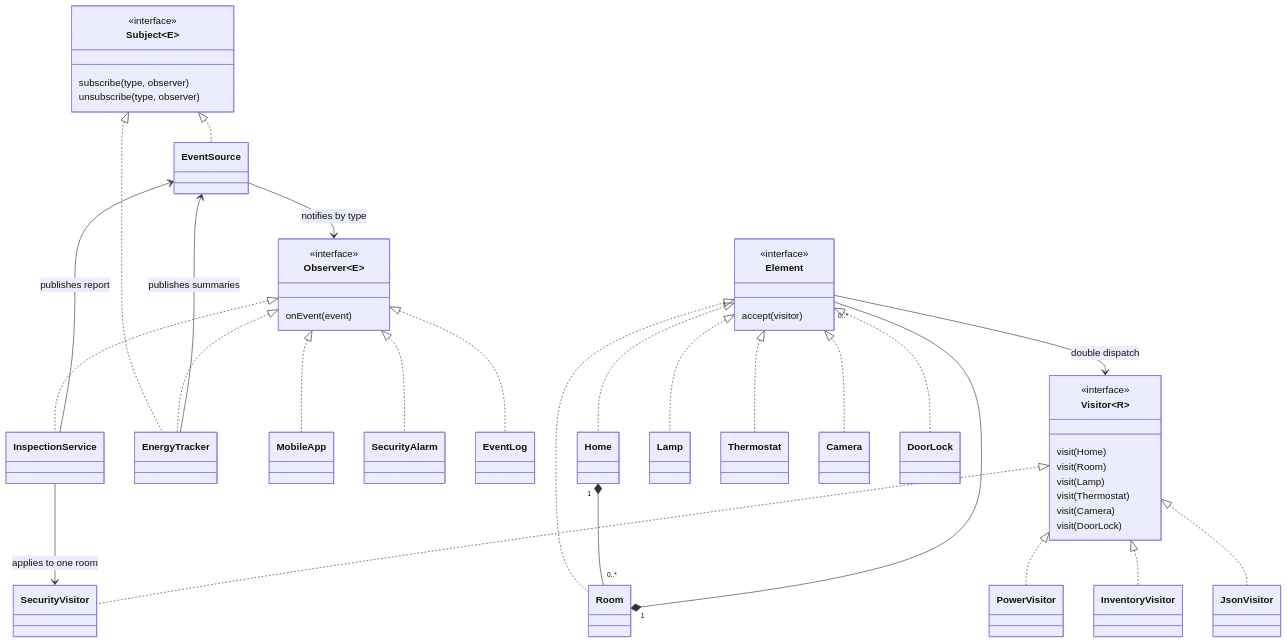
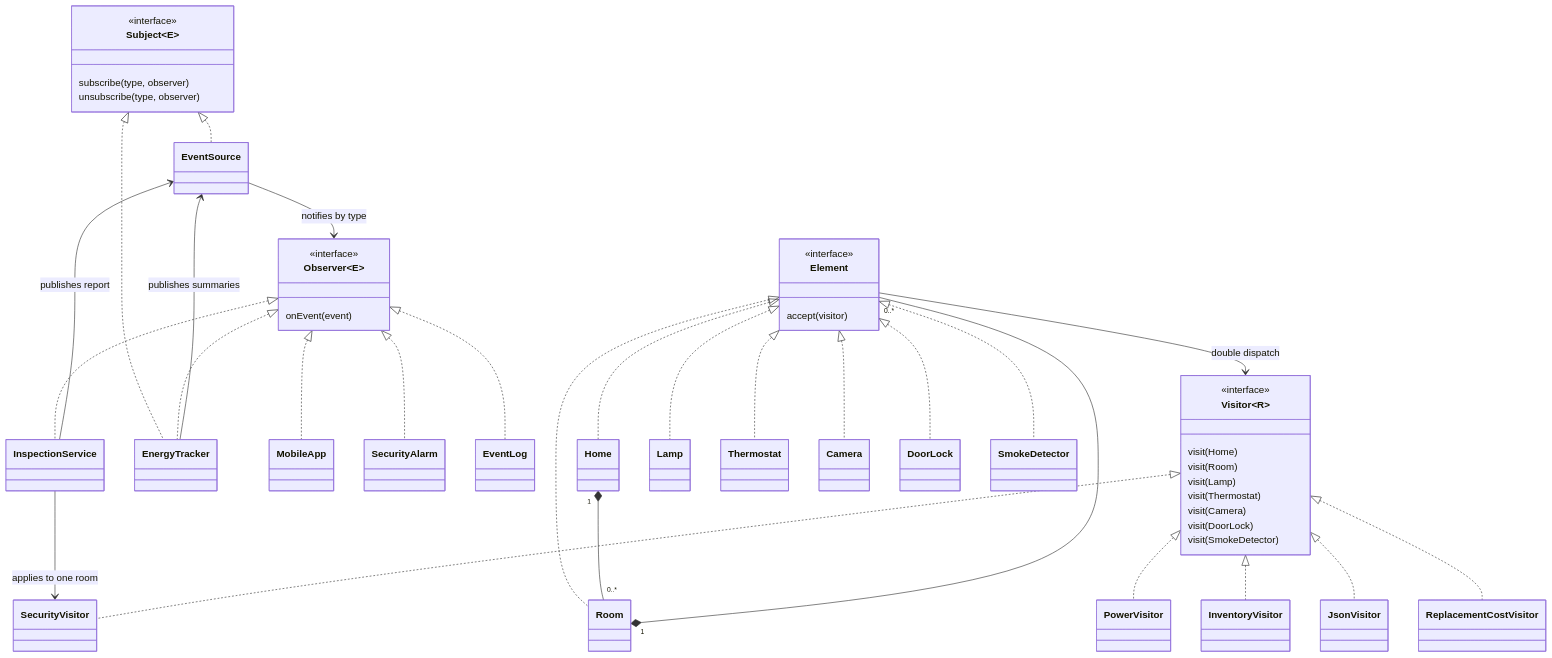
One commit to Anuarrich0/Assignment-6 changed the diagram in README.md. Above: the diagram before and after it, drawn with Mermaid. The commit also changed other lines of this file and 8 other files, not shown here.

Commit message:
Add smoke detector and update every visitor

````diff
--- a/README.md
+++ b/README.md
@@ -61,45 +61,48 @@
 ```mermaid
 classDiagram
     class Subject~E~ { <<interface>>
       subscribe(type, observer)
       unsubscribe(type, observer)
     }
     class Observer~E~ { <<interface>>
       onEvent(event)
     }
     class Element { <<interface>>
       accept(visitor)
     }
     class Visitor~R~ { <<interface>>
       visit(Home)
       visit(Room)
       visit(Lamp)
       visit(Thermostat)
       visit(Camera)
       visit(DoorLock)
+      visit(SmokeDetector)
     }
     Subject <|.. EventSource
     Subject <|.. EnergyTracker
     Observer <|.. EnergyTracker
     Observer <|.. MobileApp
     Observer <|.. SecurityAlarm
     Observer <|.. EventLog
     Observer <|.. InspectionService
     EventSource --> Observer : notifies by type
     EnergyTracker --> EventSource : publishes summaries
     InspectionService --> SecurityVisitor : applies to one room
     InspectionService --> EventSource : publishes report
     Element <|.. Home
     Element <|.. Room
     Element <|.. Lamp
     Element <|.. Thermostat
     Element <|.. Camera
     Element <|.. DoorLock
+    Element <|.. SmokeDetector
     Home "1" *-- "0..*" Room
     Room "1" *-- "0..*" Element
     Element --> Visitor : double dispatch
     Visitor <|.. PowerVisitor
     Visitor <|.. InventoryVisitor
     Visitor <|.. SecurityVisitor
     Visitor <|.. JsonVisitor
+    Visitor <|.. ReplacementCostVisitor
 ```
````
